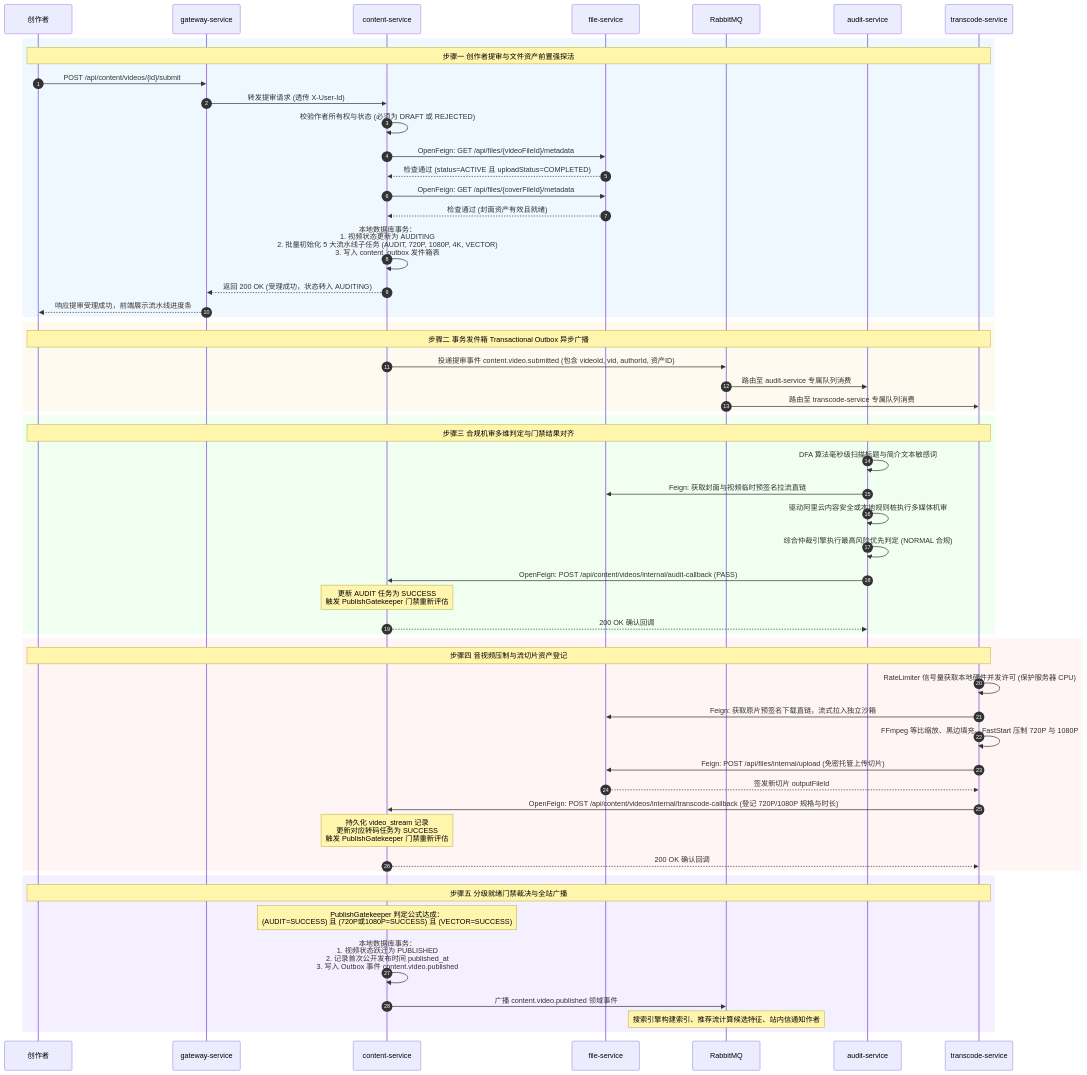
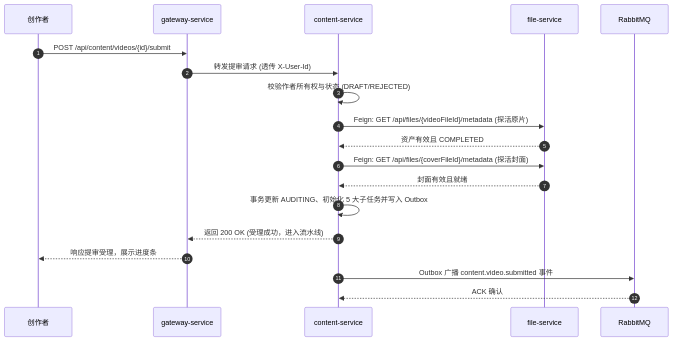
One commit to fank-c/media-platform-rebuild changed the second of 5 diagrams in docs/flows/03-video-publish-and-pipeline-flow.md. Above: the diagram before and after it, drawn with Mermaid. The commit also changed other lines of this file and 4 other files, not shown here.

First line of the commit message:
docs(flows): 优化主线流程图深色模式对比度与时序图结构

````diff
--- a/docs/flows/03-video-publish-and-pipeline-flow.md
+++ b/docs/flows/03-video-publish-and-pipeline-flow.md
@@ -64,68 +65,23 @@
 ```mermaid
 sequenceDiagram
     autonumber
     participant Creator as 创作者
     participant GW as gateway-service
     participant CS as content-service
     participant FS as file-service
     participant MQ as RabbitMQ
-    participant Audit as audit-service
-    participant TS as transcode-service
 
-    %% 第一步：创建草稿与提审探活
-    rect rgb(240, 248, 255)
-    Note over Creator,TS: 步骤一 创作者提审与文件资产前置强探活
     Creator->>GW: POST /api/content/videos/{id}/submit
     GW->>CS: 转发提审请求 (透传 X-User-Id)
-    CS->>CS: 校验作者所有权与状态 (必须为 DRAFT 或 REJECTED)
-    CS->>FS: OpenFeign: GET /api/files/{videoFileId}/metadata
-    FS-->>CS: 检查通过 (status=ACTIVE 且 uploadStatus=COMPLETED)
-    CS->>FS: OpenFeign: GET /api/files/{coverFileId}/metadata
-    FS-->>CS: 检查通过 (封面资产有效且就绪)
-    CS->>CS: 本地数据库事务：<br/>1. 视频状态更新为 AUDITING<br/>2. 批量初始化 5 大流水线子任务 (AUDIT, 720P, 1080P, 4K, VECTOR)<br/>3. 写入 content_outbox 发件箱表
-    CS-->>GW: 返回 200 OK (受理成功，状态转入 AUDITING)
-    GW-->>Creator: 响应提审受理成功，前端展示流水线进度条
-    end
+    CS->>CS: 校验作者所有权与状态 (DRAFT/REJECTED)
+    CS->>FS: Feign: GET /api/files/{videoFileId}/metadata (探活原片)
+    FS-->>CS: 资产有效且 COMPLETED
+    CS->>FS: Feign: GET /api/files/{coverFileId}/metadata (探活封面)
+    FS-->>CS: 封面有效且就绪
+    CS->>CS: 事务更新 AUDITING、初始化 5 大子任务并写入 Outbox
+    CS-->>GW: 返回 200 OK (受理成功，进入流水线)
+    GW-->>Creator: 响应提审受理，展示进度条
 
-    %% 第二步：异步事件分发
-    rect rgb(255, 250, 240)
-    Note over Creator,TS: 步骤二 事务发件箱 Transactional Outbox 异步广播
-    CS->>MQ: 投递提审事件 content.video.submitted (包含 videoId, vid, authorId, 资产ID)
-    MQ->>Audit: 路由至 audit-service 专属队列消费
-    MQ->>TS: 路由至 transcode-service 专属队列消费
-    end
-
-    %% 第三步：机审流水线与专有回调
-    rect rgb(240, 255, 240)
-    Note over Creator,TS: 步骤三 合规机审多维判定与门禁结果对齐
-    Audit->>Audit: DFA 算法毫秒级扫描标题与简介文本敏感词
-    Audit->>FS: Feign: 获取封面与视频临时预签名拉流直链
-    Audit->>Audit: 驱动阿里云内容安全或本地规则桩执行多媒体机审
-    Audit->>Audit: 综合仲裁引擎执行最高风险优先判定 (NORMAL 合规)
-    Audit->>CS: OpenFeign: POST /api/content/videos/internal/audit-callback (PASS)
-    Note over CS: 更新 AUDIT 任务为 SUCCESS<br/>触发 PublishGatekeeper 门禁重新评估
-    CS-->>Audit: 200 OK 确认回调
-    end
-
-    %% 第四步：流媒体转码与切片注册
-    rect rgb(255, 245, 245)
-    Note over Creator,TS: 步骤四 音视频压制与流切片资产登记
-    TS->>TS: RateLimiter 信号量获取本地硬件并发许可 (保护服务器 CPU)
-    TS->>FS: Feign: 获取原片预签名下载直链，流式拉入独立沙箱
-    TS->>TS: FFmpeg 等比缩放、黑边填充、FastStart 压制 720P 与 1080P
-    TS->>FS: Feign: POST /api/files/internal/upload (免密托管上传切片)
-    FS-->>TS: 签发新切片 outputFileId
-    TS->>CS: OpenFeign: POST /api/content/videos/internal/transcode-callback (登记 720P/1080P 规格与时长)
-    Note over CS: 持久化 video_stream 记录<br/>更新对应转码任务为 SUCCESS<br/>触发 PublishGatekeeper 门禁重新评估
-    CS-->>TS: 200 OK 确认回调
-    end
-
-    %% 第五步：分级门禁达成与正式上线
-    rect rgb(245, 240, 255)
-    Note over Creator,TS: 步骤五 分级就绪门禁裁决与全站广播
-    Note over CS: PublishGatekeeper 判定公式达成：<br/>(AUDIT=SUCCESS) 且 (720P或1080P=SUCCESS) 且 (VECTOR=SUCCESS)
-    CS->>CS: 本地数据库事务：<br/>1. 视频状态跃迁为 PUBLISHED<br/>2. 记录首次公开发布时间 published_at<br/>3. 写入 Outbox 事件 content.video.published
-    CS->>MQ: 广播 content.video.published 领域事件
-    Note over MQ: 搜索引擎构建索引、推荐流计算候选特征、站内信通知作者
-    end
+    CS->>MQ: Outbox 广播 content.video.submitted 事件
+    MQ-->>CS: ACK 确认
 ```
````
